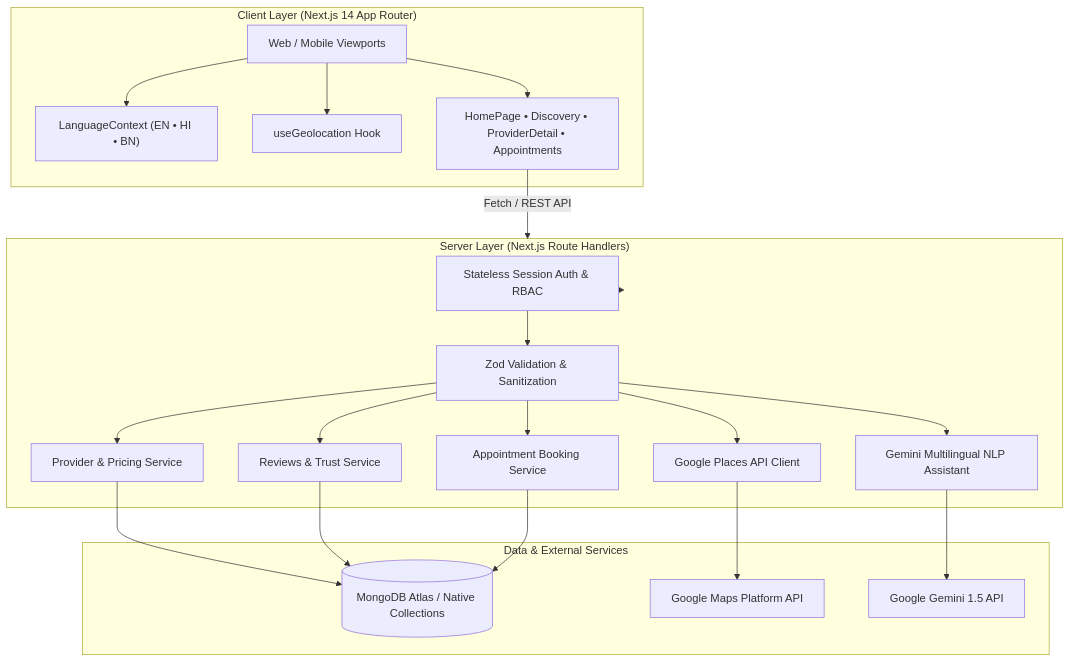
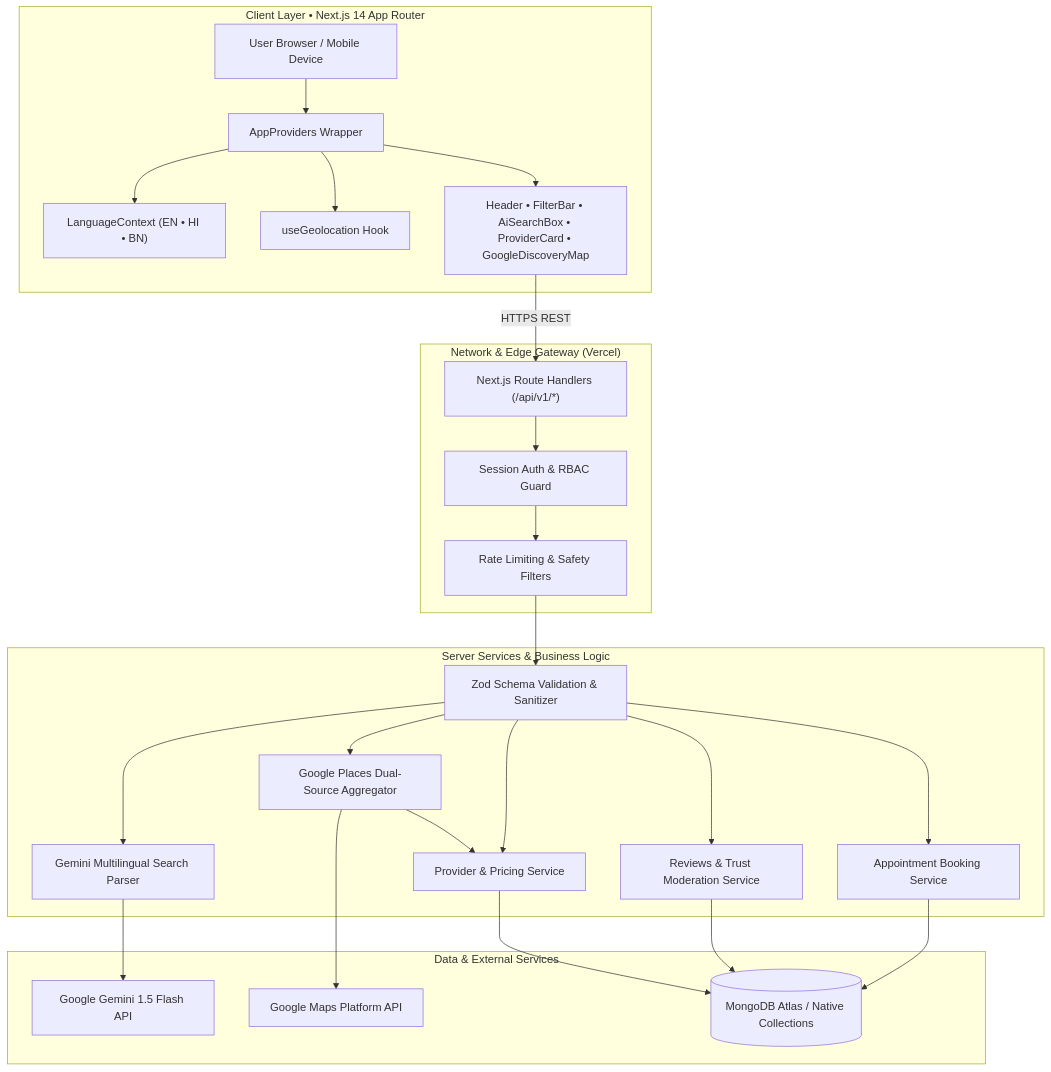
Before and after one commit to Soumyaroy428/DocNearby: the first of 2 diagrams in README.md, drawn with Mermaid. The commit also changed other lines of this file, not shown here.

Commit message:
docs: elevate README to professional standard with comparison matrix, architecture diagrams, sequence pipeline, and quality metrics

````diff
--- a/README.md
+++ b/README.md
@@ -94,42 +169,51 @@
 ```mermaid
 flowchart TD
-    subgraph Client ["Client Layer (Next.js 14 App Router)"]
-        UI["Web / Mobile Viewports"]
-        LangCtx["LanguageContext (EN • HI • BN)"]
+    subgraph Client ["Client Layer • Next.js 14 App Router"]
+        Browser["User Browser / Mobile Device"]
+        AppProviders["AppProviders Wrapper"]
+        LangContext["LanguageContext (EN • HI • BN)"]
         GeoHook["useGeolocation Hook"]
-        Views["HomePage • Discovery • ProviderDetail • Appointments"]
+        UIComponents["Header • FilterBar • AiSearchBox • ProviderCard • GoogleDiscoveryMap"]
     end
 
-    subgraph Server ["Server Layer (Next.js Route Handlers)"]
-        AuthMid["Stateless Session Auth & RBAC"]
-        ZodVal["Zod Validation & Sanitization"]
-        AISvc["Gemini Multilingual NLP Assistant"]
-        PlacesSvc["Google Places API Client"]
-        ProvSvc["Provider & Pricing Service"]
-        RevSvc["Reviews & Trust Service"]
-        AptSvc["Appointment Booking Service"]
+    subgraph Edge ["Network & Edge Gateway (Vercel)"]
+        EdgeRoutes["Next.js Route Handlers (/api/v1/*)"]
+        AuthMiddleware["Session Auth & RBAC Guard"]
+        RateLimiter["Rate Limiting & Safety Filters"]
+    end
+
+    subgraph Server ["Server Services & Business Logic"]
+        ZodValidator["Zod Schema Validation & Sanitizer"]
+        AIParser["Gemini Multilingual Search Parser"]
+        PlacesService["Google Places Dual-Source Aggregator"]
+        ProviderService["Provider & Pricing Service"]
+        ReviewService["Reviews & Trust Moderation Service"]
+        AppointmentService["Appointment Booking Service"]
     end
 
     subgraph Data ["Data & External Services"]
-        Mongo[(MongoDB Atlas / Native Collections)]
-        GMapAPI["Google Maps Platform API"]
-        GeminiAPI["Google Gemini 1.5 API"]
+        MongoDB[(MongoDB Atlas / Native Collections)]
+        GeminiAPI["Google Gemini 1.5 Flash API"]
+        GoogleMapsAPI["Google Maps Platform API"]
     end
 
-    UI --> LangCtx
-    UI --> GeoHook
-    UI --> Views
-    Views -->|Fetch / REST API| Server
-    Server --> AuthMid
-    AuthMid --> ZodVal
-    ZodVal --> ProvSvc
-    ZodVal --> RevSvc
-    ZodVal --> AptSvc
-    ZodVal --> AISvc
-    ZodVal --> PlacesSvc
-    AISvc --> GeminiAPI
-    PlacesSvc --> GMapAPI
-    ProvSvc --> Mongo
-    RevSvc --> Mongo
-    AptSvc --> Mongo
+    Browser --> AppProviders
+    AppProviders --> LangContext
+    AppProviders --> GeoHook
+    AppProviders --> UIComponents
+    UIComponents -->|HTTPS REST| EdgeRoutes
+    EdgeRoutes --> AuthMiddleware
+    AuthMiddleware --> RateLimiter
+    RateLimiter --> ZodValidator
+    ZodValidator --> AIParser
+    ZodValidator --> PlacesService
+    ZodValidator --> ProviderService
+    ZodValidator --> ReviewService
+    ZodValidator --> AppointmentService
+    AIParser --> GeminiAPI
+    PlacesService --> GoogleMapsAPI
+    PlacesService --> ProviderService
+    ProviderService --> MongoDB
+    ReviewService --> MongoDB
+    AppointmentService --> MongoDB
 ```
````
